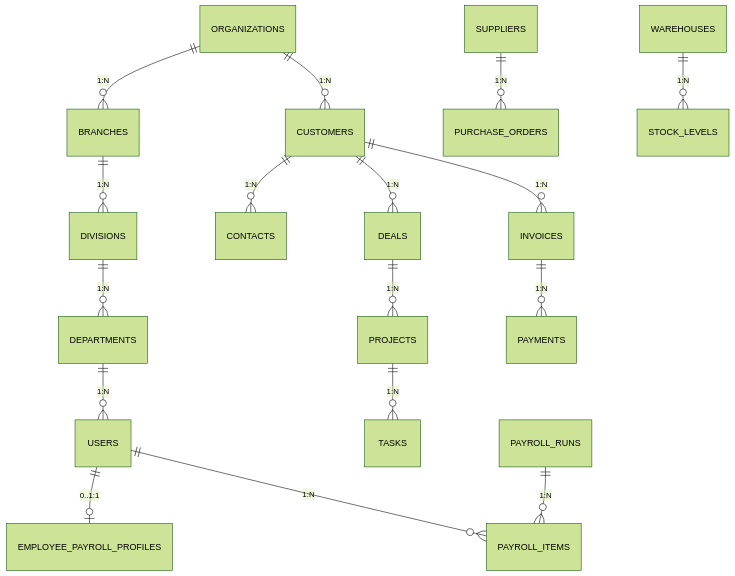
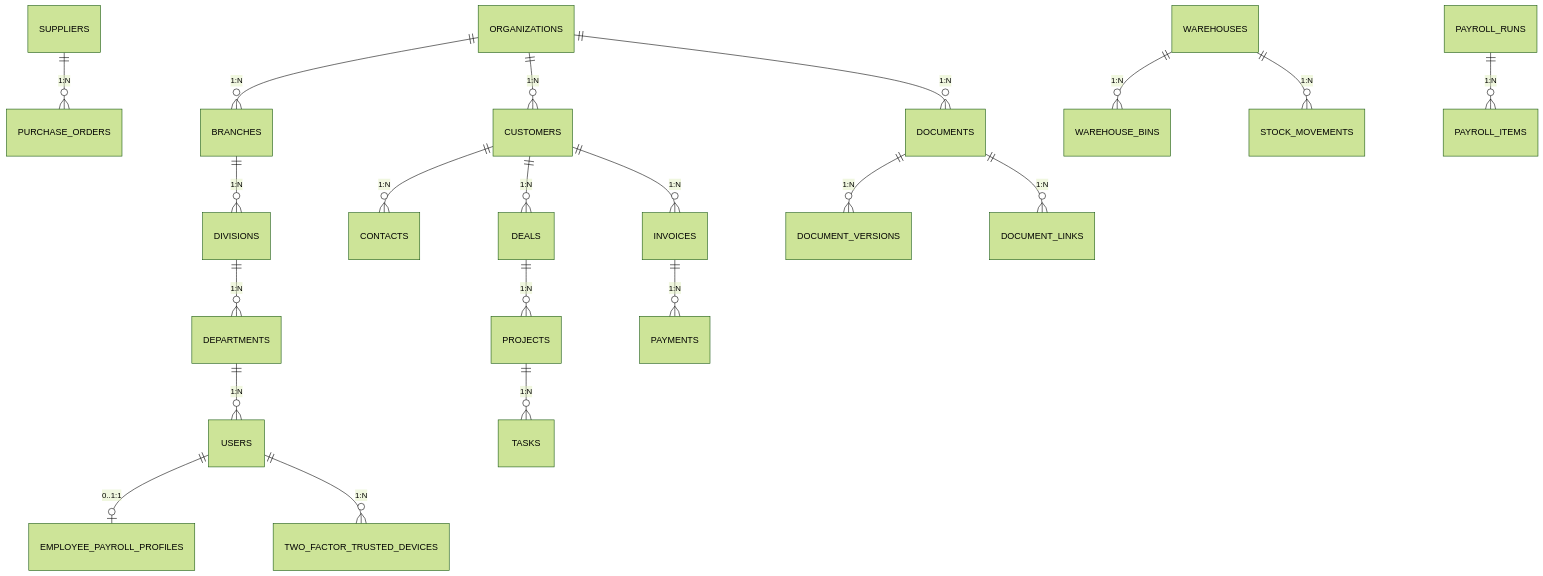
Before and after one commit to anuwatm/ERP: diagram 13 of 14 in document/README.md, drawn with Mermaid (forest theme). The commit also changed other lines of this file and 9 other files, not shown here.

````diff
--- a/document/README.md
+++ b/document/README.md
@@ -327,19 +389,23 @@
 ```mermaid
 erDiagram
     ORGANIZATIONS ||--o{ BRANCHES : "1:N"
     BRANCHES ||--o{ DIVISIONS : "1:N"
     DIVISIONS ||--o{ DEPARTMENTS : "1:N"
     DEPARTMENTS ||--o{ USERS : "1:N"
     ORGANIZATIONS ||--o{ CUSTOMERS : "1:N"
     CUSTOMERS ||--o{ CONTACTS : "1:N"
     CUSTOMERS ||--o{ DEALS : "1:N"
     DEALS ||--o{ PROJECTS : "1:N"
     PROJECTS ||--o{ TASKS : "1:N"
     CUSTOMERS ||--o{ INVOICES : "1:N"
     INVOICES ||--o{ PAYMENTS : "1:N"
     SUPPLIERS ||--o{ PURCHASE_ORDERS : "1:N"
-    WAREHOUSES ||--o{ STOCK_LEVELS : "1:N"
+    WAREHOUSES ||--o{ WAREHOUSE_BINS : "1:N"
+    WAREHOUSES ||--o{ STOCK_MOVEMENTS : "1:N"
     USERS ||--o| EMPLOYEE_PAYROLL_PROFILES : "0..1:1"
     PAYROLL_RUNS ||--o{ PAYROLL_ITEMS : "1:N"
-    USERS ||--o{ PAYROLL_ITEMS : "1:N"
+    ORGANIZATIONS ||--o{ DOCUMENTS : "1:N"
+    DOCUMENTS ||--o{ DOCUMENT_VERSIONS : "1:N"
+    DOCUMENTS ||--o{ DOCUMENT_LINKS : "1:N"
+    USERS ||--o{ TWO_FACTOR_TRUSTED_DEVICES : "1:N"
 ```
````
